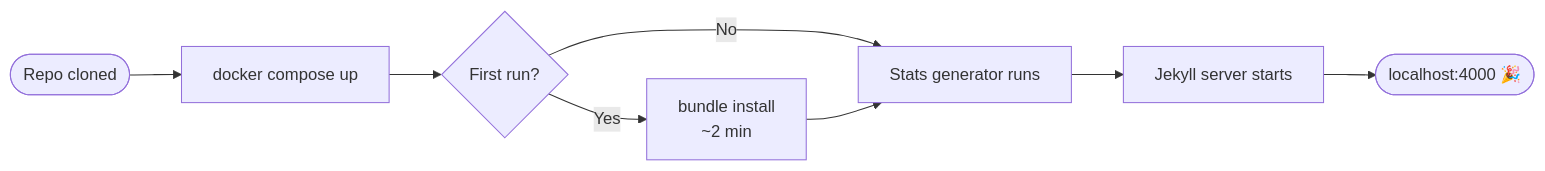
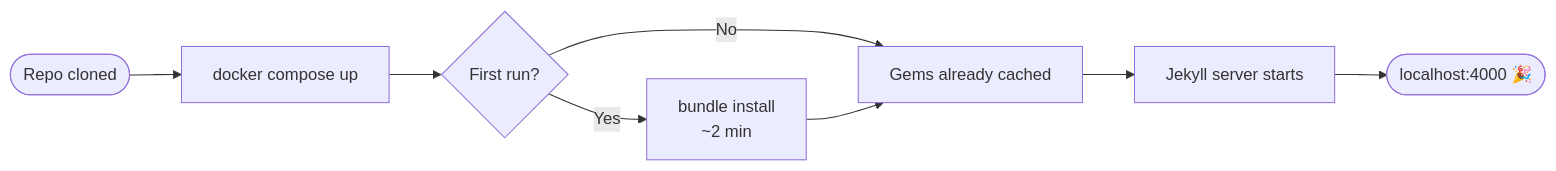
Before and after one commit to bamr87/zer0-mistakes: the diagram in pages/_quickstart/jekyll-setup.md, drawn with Mermaid. The commit also changed other lines of this file and 2 other files, not shown here.

Commit message:
docs: the startup flowchart contradicted the text I had just corrected
Two commits ago I removed the false claim that `docker compose up` runs
`_data/generate_statistics.sh`. I fixed the prose and left the Mermaid
diagram directly above it saying `C -->|No| E[Stats generator runs]`, so the
page contradicted itself — my error, and a fair catch. The node now reads
"Gems already cached", which is what actually distinguishes a repeat run.

Also quoted `description` in the three quickstart files that left it bare,
matching the other three. This time the substitution runs only inside the
front-matter block rather than over the whole file — the whole-file form is
what nearly corrupted personalization.md's JavaScript in the previous
commit.

The `date` finding recurs for the fifth time and remains wrong:
jekyll-setup.md has `date: 2026-05-30T00:00:00.000Z`.

````diff
--- a/pages/_quickstart/jekyll-setup.md
+++ b/pages/_quickstart/jekyll-setup.md
@@ -38,10 +38,10 @@
 ```mermaid
 flowchart LR
     A([Repo cloned]) --> B[docker compose up]
     B --> C{First run?}
     C -->|Yes| D[bundle install\n~2 min]
-    C -->|No| E[Stats generator runs]
+    C -->|No| E[Gems already cached]
     D --> E
     E --> F[Jekyll server starts]
     F --> G([localhost:4000 🎉])
 ```
````
